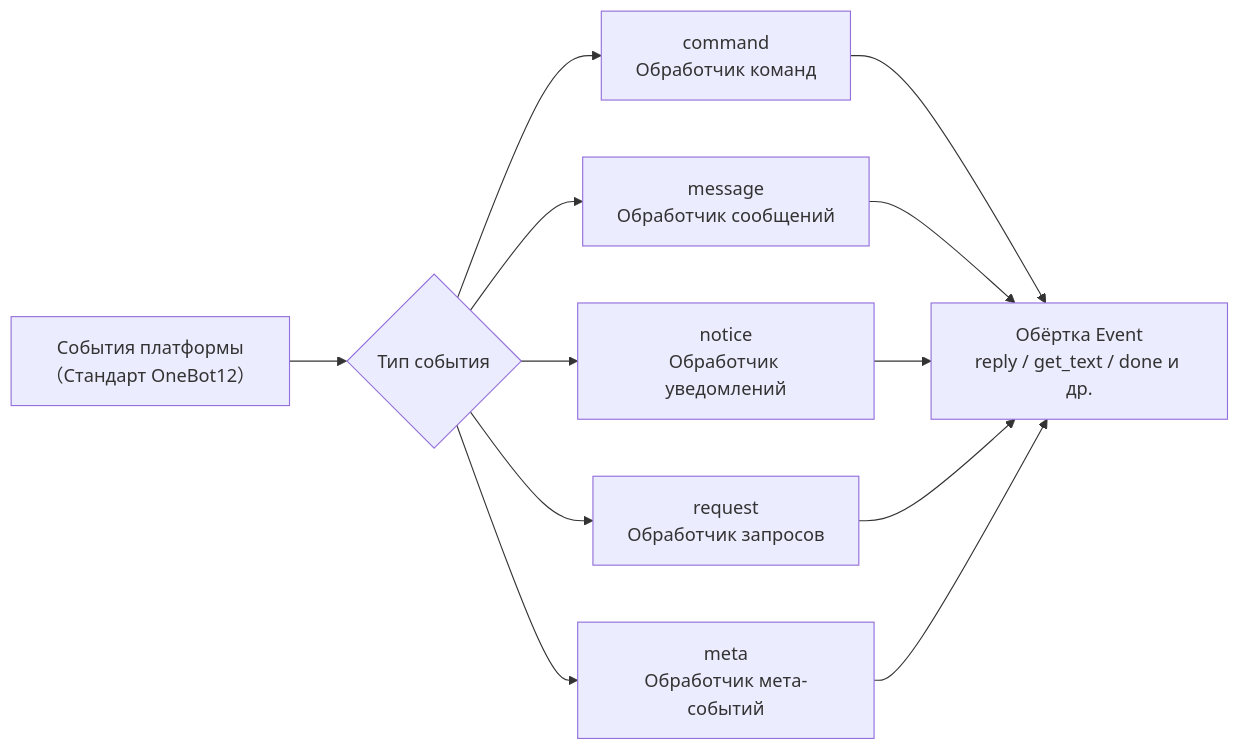
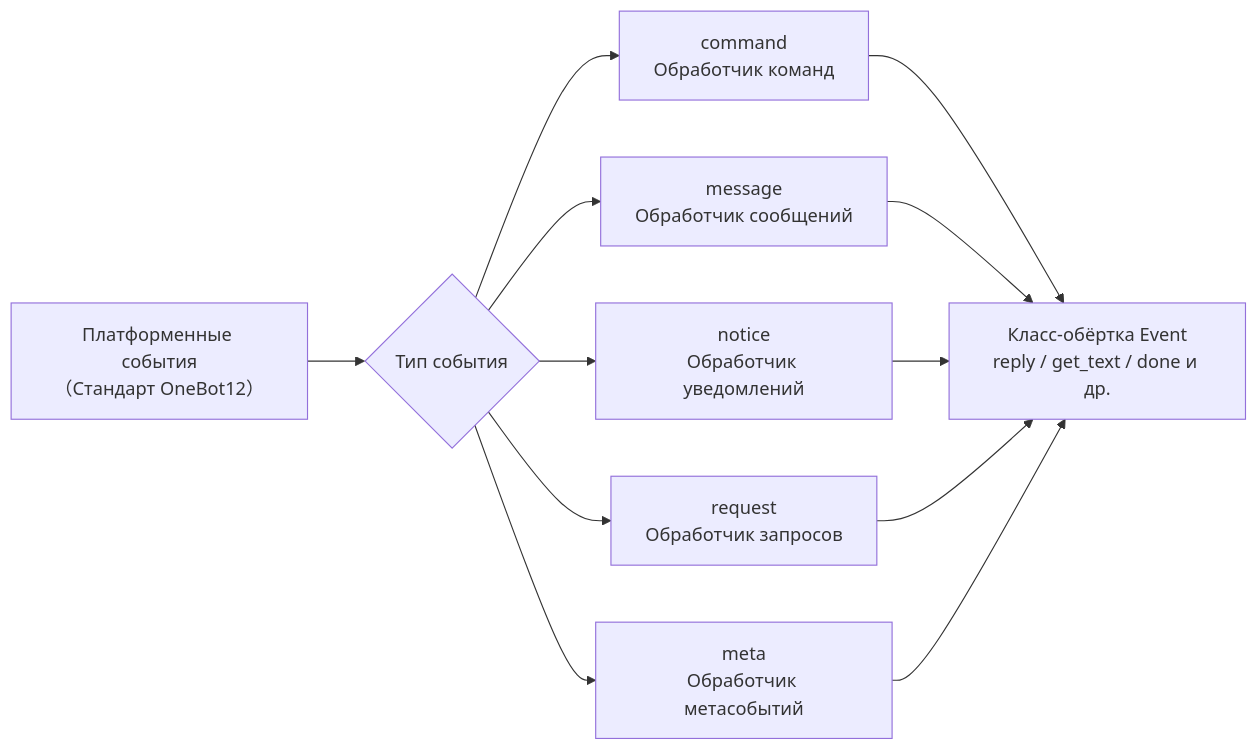
Before and after one commit to ErisPulse/ErisPulse: the diagram in docs/ru/api-reference/event-system.md, drawn with Mermaid. The commit also changed other lines of this file and 622 other files, not shown here.

````diff
--- a/docs/ru/api-reference/event-system.md
+++ b/docs/ru/api-reference/event-system.md
@@ -7,10 +7,10 @@
 ```mermaid
 flowchart LR
-    A["События платформы<br/>（Стандарт OneBot12）"] --> B{"Тип события"}
+    A["Платформенные события<br/>（Стандарт OneBot12）"] --> B{"Тип события"}
     B --> C["command<br/>Обработчик команд"]
     B --> D["message<br/>Обработчик сообщений"]
     B --> E["notice<br/>Обработчик уведомлений"]
     B --> F["request<br/>Обработчик запросов"]
-    B --> G["meta<br/>Обработчик мета-событий"]
-    C & D & E & F & G --> H["Обёртка Event<br/>reply / get_text / done и др."]
+    B --> G["meta<br/>Обработчик метасобытий"]
+    C & D & E & F & G --> H["Класс-обёртка Event<br/>reply / get_text / done и др."]
 ```
````
